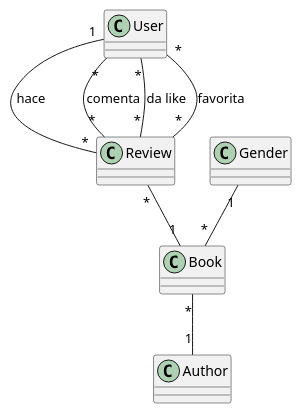
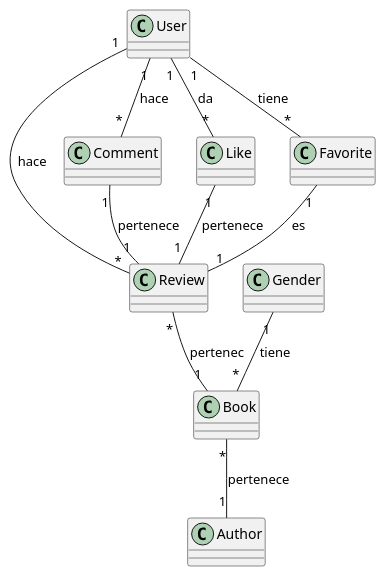
The diagram in documentation/class diagram.puml (carlosrs14/bookly-be), drawn with PlantUML before and after one commit. The commit also changed 10 other files, not shown here.

```diff
--- a/documentation/class diagram.puml
+++ b/documentation/class diagram.puml
@@ -1,9 +1,12 @@
 @startuml diagrama
 User "1"--"*" Review:"hace"
-Review "*"--"1" Book
-Book "*"--"1" Author
-User "*"--"*" Review:"comenta"
-Gender "1"--"*" Book
-User "*"--"*"Review :"da like"
-User "*"--"*"Review:"favorita"
+Review "*"--"1" Book:"pertenec"
+Book "*"--"1" Author:"pertenece"
+User "1"--"*" Comment:"hace"
+Comment "1"--"1" Review:"pertenece"
+Gender "1"--"*" Book:"tiene"
+User "1"--"*"Like:"da"
+Like "1"--"1"Review:"pertenece"
+User "1"--"*"Favorite:"tiene"
+Favorite "1"--"1"Review:"es"
 @enduml
```
